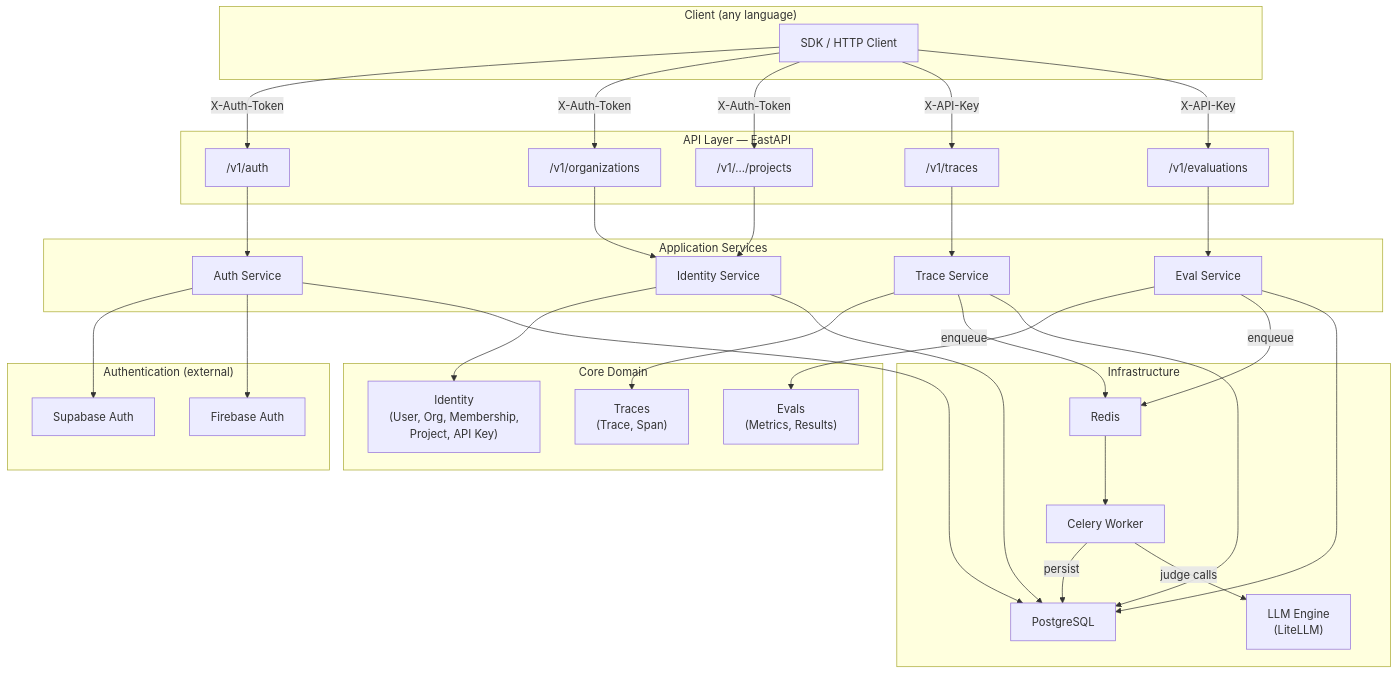
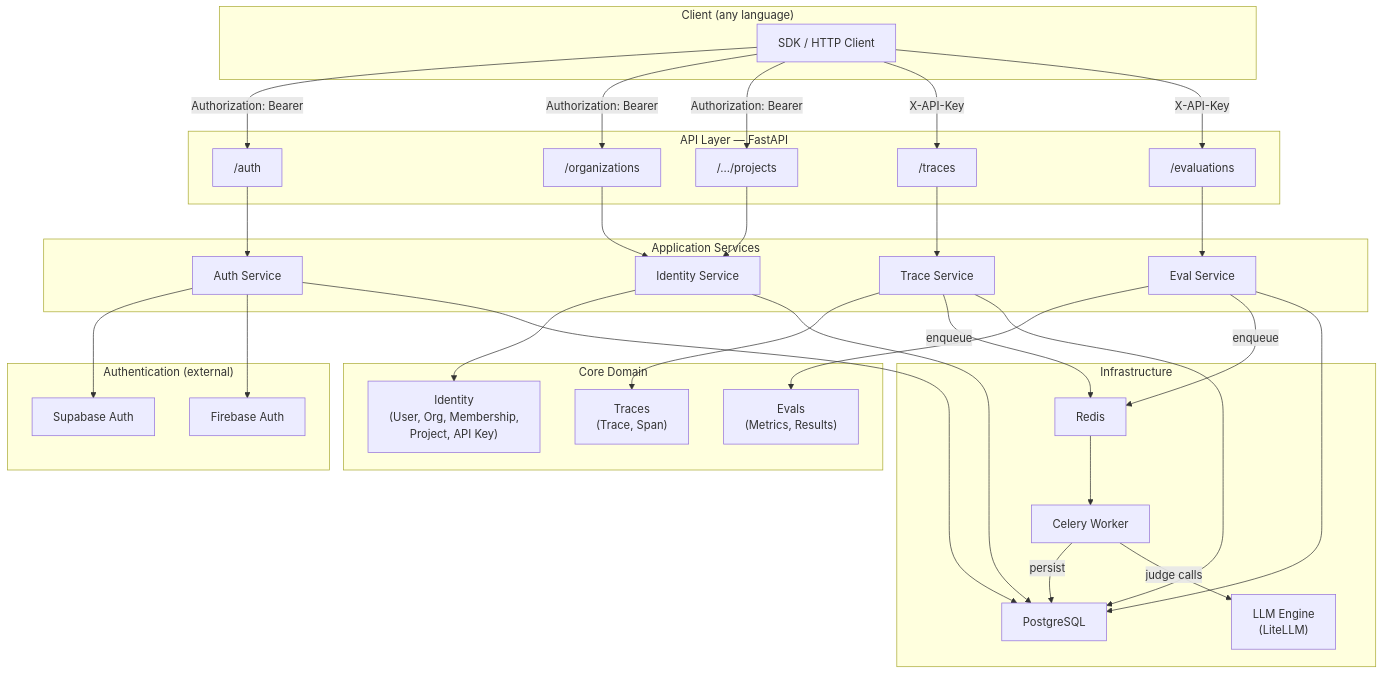
Before and after one commit to chirpz-ai/pandaprobe: the diagram in README.md, drawn with Mermaid. The commit also changed other lines of this file, not shown here.

Commit message:
update README for new auth flow and API structure

````diff
--- a/README.md
+++ b/README.md
@@ -35,70 +35,70 @@
 ```mermaid
 flowchart TB
     subgraph Client["Client (any language)"]
         SDK["SDK / HTTP Client"]
     end
 
     subgraph Auth["Authentication (external)"]
         SUPABASE["Supabase Auth"]
         FIREBASE["Firebase Auth"]
     end
 
     subgraph API["API Layer — FastAPI"]
-        R_AUTH["/v1/auth"]
-        R_ORG["/v1/organizations"]
-        R_PROJ["/v1/.../projects"]
-        R_TRACE["/v1/traces"]
-        R_EVAL["/v1/evaluations"]
+        R_AUTH["/auth"]
+        R_ORG["/organizations"]
+        R_PROJ["/.../projects"]
+        R_TRACE["/traces"]
+        R_EVAL["/evaluations"]
     end
 
     subgraph Services["Application Services"]
         AUTH_SVC["Auth Service"]
         ID_SVC["Identity Service"]
         TR_SVC["Trace Service"]
         EV_SVC["Eval Service"]
     end
 
     subgraph Core["Core Domain"]
         IDENTITY["Identity\n(User, Org, Membership,\nProject, API Key)"]
         TRACES["Traces\n(Trace, Span)"]
         EVALS["Evals\n(Metrics, Results)"]
     end
 
     subgraph Infra["Infrastructure"]
         DB["PostgreSQL"]
         REDIS["Redis"]
         CELERY["Celery Worker"]
         LLM["LLM Engine\n(LiteLLM)"]
     end
 
-    SDK -->|"X-Auth-Token"| R_AUTH
-    SDK -->|"X-Auth-Token"| R_ORG
-    SDK -->|"X-Auth-Token"| R_PROJ
+    SDK -->|"Authorization: Bearer"| R_AUTH
+    SDK -->|"Authorization: Bearer"| R_ORG
+    SDK -->|"Authorization: Bearer"| R_PROJ
     SDK -->|"X-API-Key"| R_TRACE
     SDK -->|"X-API-Key"| R_EVAL
 
     R_AUTH --> AUTH_SVC
     AUTH_SVC --> SUPABASE
     AUTH_SVC --> FIREBASE
     AUTH_SVC --> DB
 
     R_ORG --> ID_SVC
     R_PROJ --> ID_SVC
     R_TRACE --> TR_SVC
     R_EVAL --> EV_SVC
 
     ID_SVC --> IDENTITY
     TR_SVC --> TRACES
     EV_SVC --> EVALS
 
     TR_SVC -->|"enqueue"| REDIS
     EV_SVC -->|"enqueue"| REDIS
     REDIS --> CELERY
 
     CELERY -->|"persist"| DB
     CELERY -->|"judge calls"| LLM
 
     ID_SVC --> DB
     TR_SVC --> DB
     EV_SVC --> DB
 ```
````
